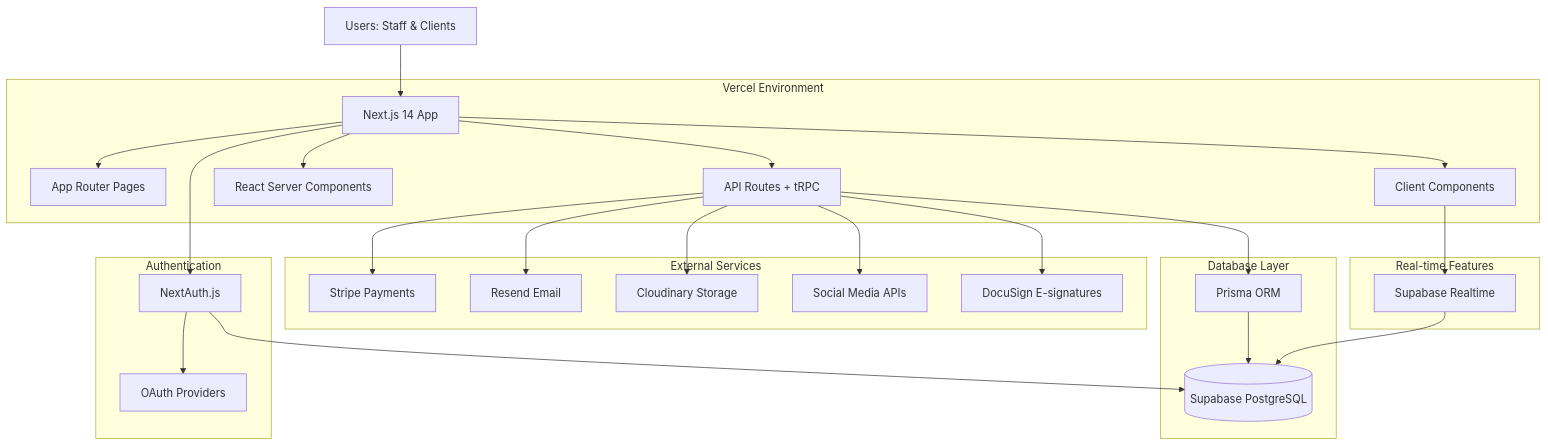
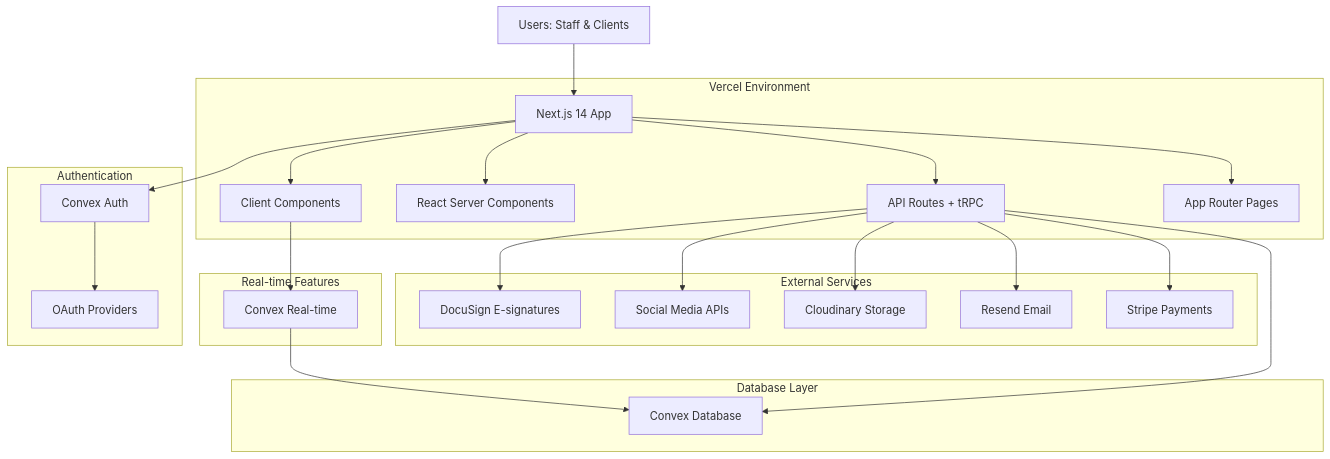
The first of 4 diagrams in docs/architecture.md (arne-braeckman/eventRunner), drawn with Mermaid before and after one commit. The commit also changed other lines of this file and 2 other files, not shown here.

First line of the commit message:
Migrate architecture docs from Supabase/Prisma to Convex

````diff
--- a/docs/architecture.md
+++ b/docs/architecture.md
@@ -52,35 +52,33 @@
 ```mermaid
 graph TD
     User[Users: Staff & Clients] --> NextApp[Next.js 14 App]
     
     subgraph Vercel_Environment[Vercel Environment]
         NextApp --> AppRouter[App Router Pages]
         NextApp --> APIRoutes[API Routes + tRPC]
         NextApp --> ServerComponents[React Server Components]
         NextApp --> ClientComponents[Client Components]
     end
     
     subgraph Database_Layer[Database Layer]
-        APIRoutes --> Prisma[Prisma ORM]
-        Prisma --> Supabase[(Supabase PostgreSQL)]
+        APIRoutes --> Convex[Convex Database]
     end
     
     subgraph Authentication[Authentication]
-        NextApp --> NextAuth[NextAuth.js]
-        NextAuth --> AuthProviders[OAuth Providers]
-        NextAuth --> Supabase
+        NextApp --> ConvexAuth[Convex Auth]
+        ConvexAuth --> AuthProviders[OAuth Providers]
     end
     
     subgraph External_Services[External Services]
         APIRoutes --> Stripe[Stripe Payments]
         APIRoutes --> Resend[Resend Email]
         APIRoutes --> Cloudinary[Cloudinary Storage]
         APIRoutes --> SocialAPIs[Social Media APIs]
         APIRoutes --> DocuSign[DocuSign E-signatures]
     end
     
     subgraph Real_Time[Real-time Features]
-        ClientComponents --> Supabase_Realtime[Supabase Realtime]
-        Supabase_Realtime --> Supabase
+        ClientComponents --> Convex_Realtime[Convex Real-time]
+        Convex_Realtime --> Convex
     end
 ```
````
